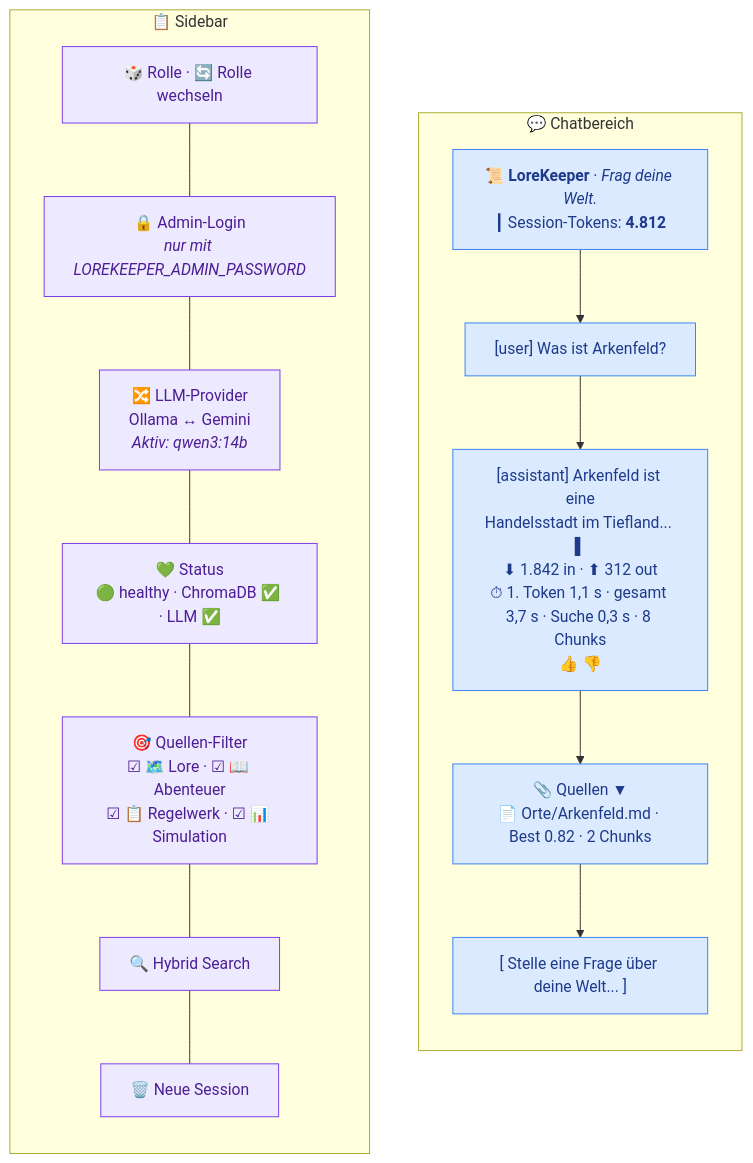
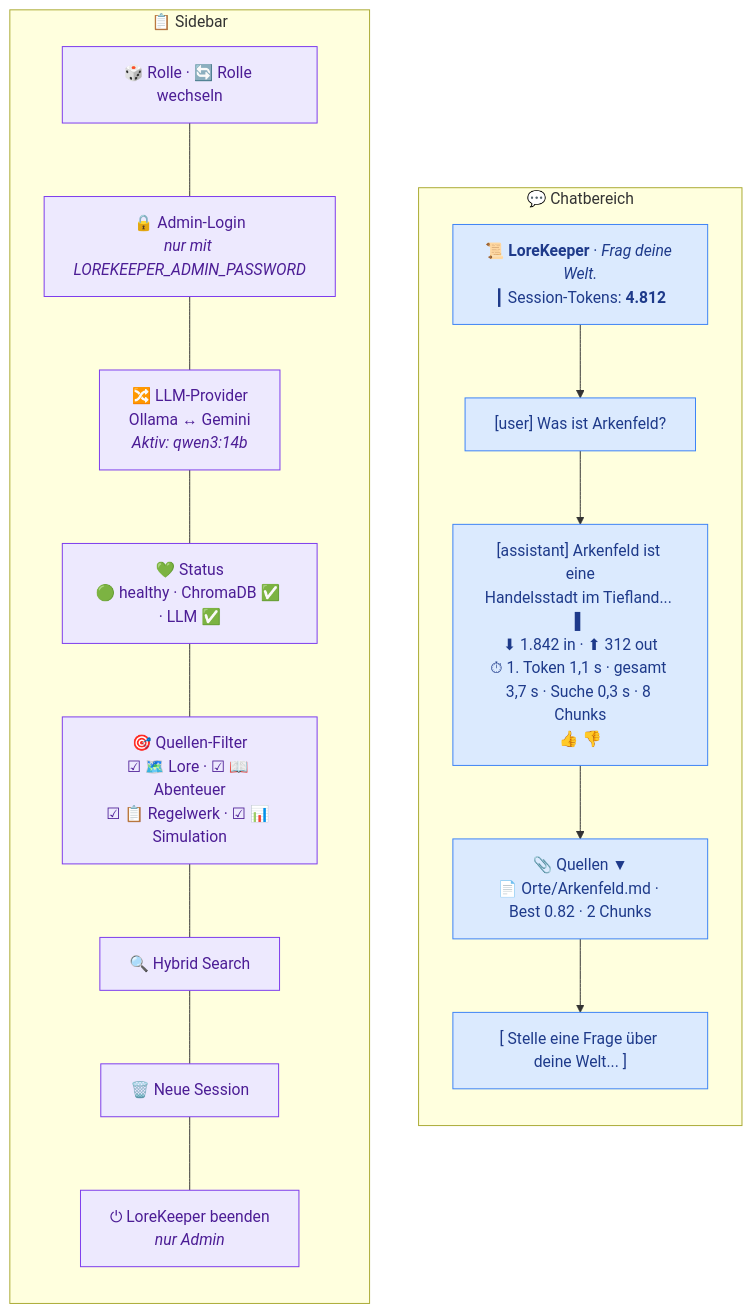
One commit to FabianHentrich/lorekeeper changed the first of 2 diagrams in docs/ui-ux.md. Above: the diagram before and after it, drawn with Mermaid. The commit also changed other lines of this file and 14 other files, not shown here.

First line of the commit message:
Clean stop: stop.ps1 and an admin stop button in the sidebar (roadmap 4.3)

````diff
--- a/docs/ui-ux.md
+++ b/docs/ui-ux.md
@@ -24,31 +24,32 @@
 ```mermaid
 flowchart LR
     subgraph SIDEBAR["📋 Sidebar"]
         direction TB
         S0["🎲 Rolle · 🔄 Rolle wechseln"]
         S1["🔒 Admin-Login<br/><i>nur mit LOREKEEPER_ADMIN_PASSWORD</i>"]
         S2["🔀 LLM-Provider<br/>Ollama ↔ Gemini<br/><i>Aktiv: qwen3:14b</i>"]
         S3["💚 Status<br/>🟢 healthy · ChromaDB ✅ · LLM ✅"]
         S4["🎯 Quellen-Filter<br/>☑ 🗺️ Lore · ☑ 📖 Abenteuer<br/>☑ 📋 Regelwerk · ☑ 📊 Simulation"]
         S5["🔍 Hybrid Search"]
         S7["🗑️ Neue Session"]
-        S0 --- S1 --- S2 --- S3 --- S4 --- S5 --- S7
+        S8["⏻ LoreKeeper beenden<br/><i>nur Admin</i>"]
+        S0 --- S1 --- S2 --- S3 --- S4 --- S5 --- S7 --- S8
     end
 
     subgraph CHAT["💬 Chatbereich"]
         direction TB
         C1["📜 <b>LoreKeeper</b> · <i>Frag deine Welt.</i><br/>┃ Session-Tokens: <b>4.812</b>"]
         C2["[user] Was ist Arkenfeld?"]
         C3["[assistant] Arkenfeld ist eine<br/>Handelsstadt im Tiefland... ▌<br/>⬇ 1.842 in · ⬆ 312 out<br/>⏱ 1. Token 1,1 s · gesamt 3,7 s · Suche 0,3 s · 8 Chunks<br/>👍 👎"]
         C4["📎 Quellen ▼<br/>📄 Orte/Arkenfeld.md · Best 0.82 · 2 Chunks"]
         C5["[ Stelle eine Frage über deine Welt... ]"]
         C1 --> C2 --> C3 --> C4 --> C5
     end
 
     SIDEBAR ~~~ CHAT
 
     classDef side fill:#ede9fe,stroke:#7c3aed,color:#4c1d95
     classDef chat fill:#dbeafe,stroke:#3b82f6,color:#1e3a8a
-    class S0,S1,S2,S3,S4,S5,S7 side
+    class S0,S1,S2,S3,S4,S5,S7,S8 side
     class C1,C2,C3,C4,C5 chat
 ```
````
